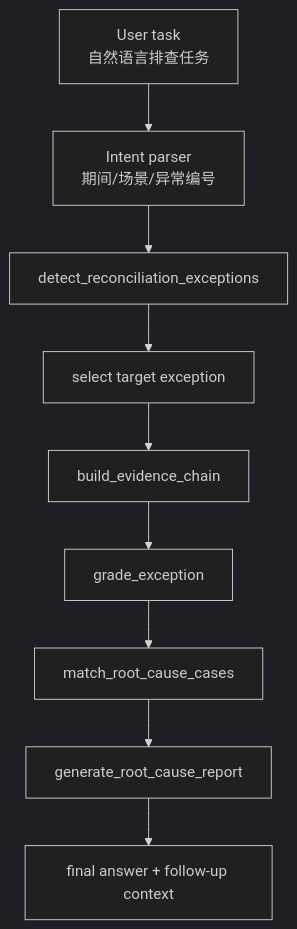
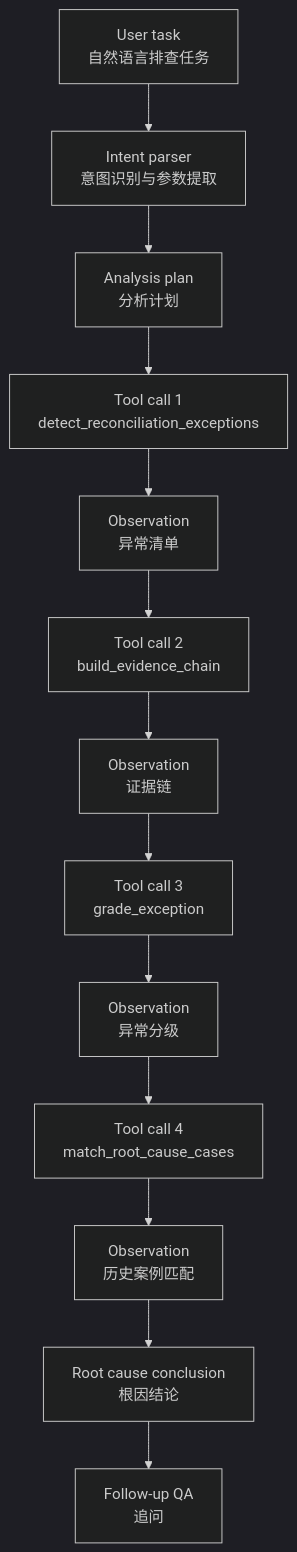
Before and after one commit to emmadong521-beep/securities-month-end-recon-agent: the second of 2 diagrams in README.md, drawn with Mermaid (dark theme). The commit also changed other lines of this file, not shown here.

````diff
--- a/README.md
+++ b/README.md
@@ -92,11 +100,15 @@
 ```mermaid
 flowchart TD
-    U["User task<br/>自然语言排查任务"] --> P["Intent parser<br/>期间/场景/异常编号"]
-    P --> D["detect_reconciliation_exceptions"]
-    D --> S["select target exception"]
-    S --> E["build_evidence_chain"]
-    E --> G["grade_exception"]
-    G --> C["match_root_cause_cases"]
-    C --> R["generate_root_cause_report"]
-    R --> X["final answer + follow-up context"]
+    U["User task<br/>自然语言排查任务"] --> P["Intent parser<br/>意图识别与参数提取"]
+    P --> Plan["Analysis plan<br/>分析计划"]
+    Plan --> T1["Tool call 1<br/>detect_reconciliation_exceptions"]
+    T1 --> O1["Observation<br/>异常清单"]
+    O1 --> T2["Tool call 2<br/>build_evidence_chain"]
+    T2 --> O2["Observation<br/>证据链"]
+    O2 --> T3["Tool call 3<br/>grade_exception"]
+    T3 --> O3["Observation<br/>异常分级"]
+    O3 --> T4["Tool call 4<br/>match_root_cause_cases"]
+    T4 --> O4["Observation<br/>历史案例匹配"]
+    O4 --> R["Root cause conclusion<br/>根因结论"]
+    R --> F["Follow-up QA<br/>追问"]
 ```
````
